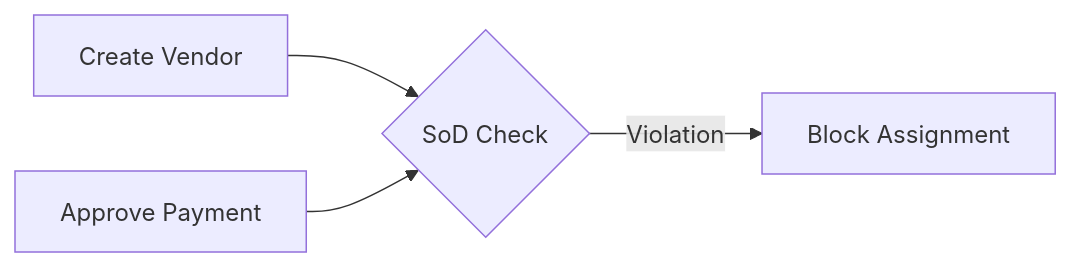
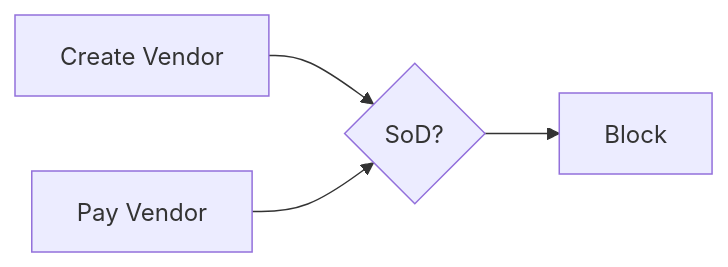
One commit to Devopstrio/identity-governance-framework changed the eighth of 30 diagrams in README.md. Above: the diagram before and after it, drawn with Mermaid. The commit also changed other lines of this file, not shown here.

Commit message:
docs: expand README with 30+ architectural diagrams

````diff
--- a/README.md
+++ b/README.md
@@ -175,10 +78,6 @@
 ```mermaid
 graph LR
-    RoleA[Create Vendor]
-    RoleB[Approve Payment]
-    Conflict{SoD Check}
-    
-    RoleA --> Conflict
-    RoleB --> Conflict
-    Conflict -- "Violation" --> Block[Block Assignment]
+    R1[Create Vendor] --> Check{SoD?}
+    R2[Pay Vendor] --> Check
+    Check --> Block[Block]
 ```
````
